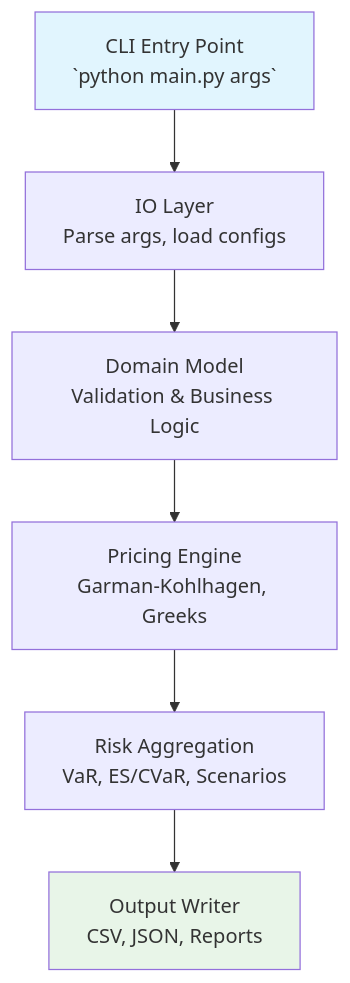
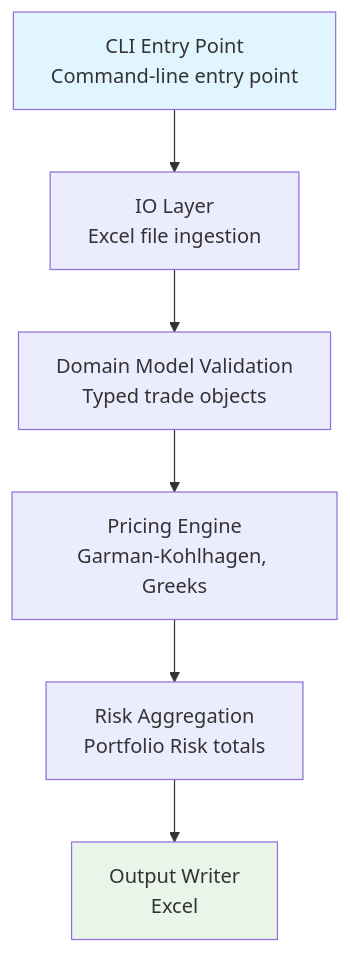
The diagram in README.md (vascorsilva/fx-options-portfolio-risk-aggregator), drawn with Mermaid before and after one commit.

Commit message:
fix: minor changes

````diff
--- a/README.md
+++ b/README.md
@@ -62,11 +62,12 @@
 ```mermaid
 graph TD
-    A[CLI Entry Point<br/>`python main.py args`] --> B[IO Layer<br/>Parse args, load configs]
-    B --> C[Domain Model<br/>Validation & Business Logic]
+    A[CLI Entry Point<br/>Command-line entry point] --> B[IO Layer<br/>Excel file ingestion]
+    B --> C[Domain Model Validation<br/>Typed trade objects]
     C --> D[Pricing Engine<br/>Garman-Kohlhagen, Greeks]
-    D --> E[Risk Aggregation<br/>VaR, ES/CVaR, Scenarios]
-    E --> F[Output Writer<br/>CSV, JSON, Reports]
+    D --> E[Risk Aggregation<br/>Portfolio Risk totals]
+    E --> F[Output Writer<br/>Excel]
+
     
     style A fill:#e1f5fe
     style F fill:#e8f5e8
 ```
````
